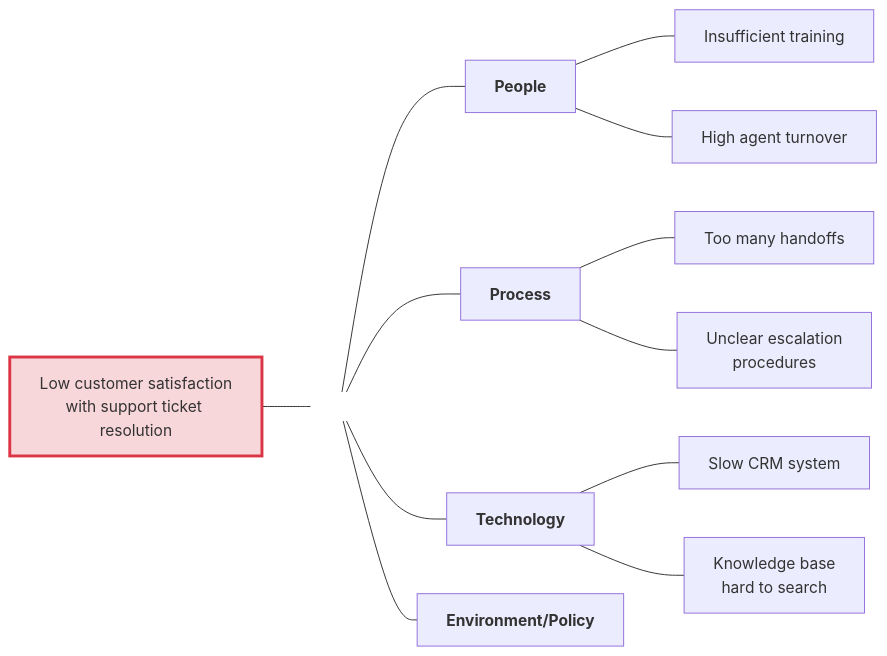
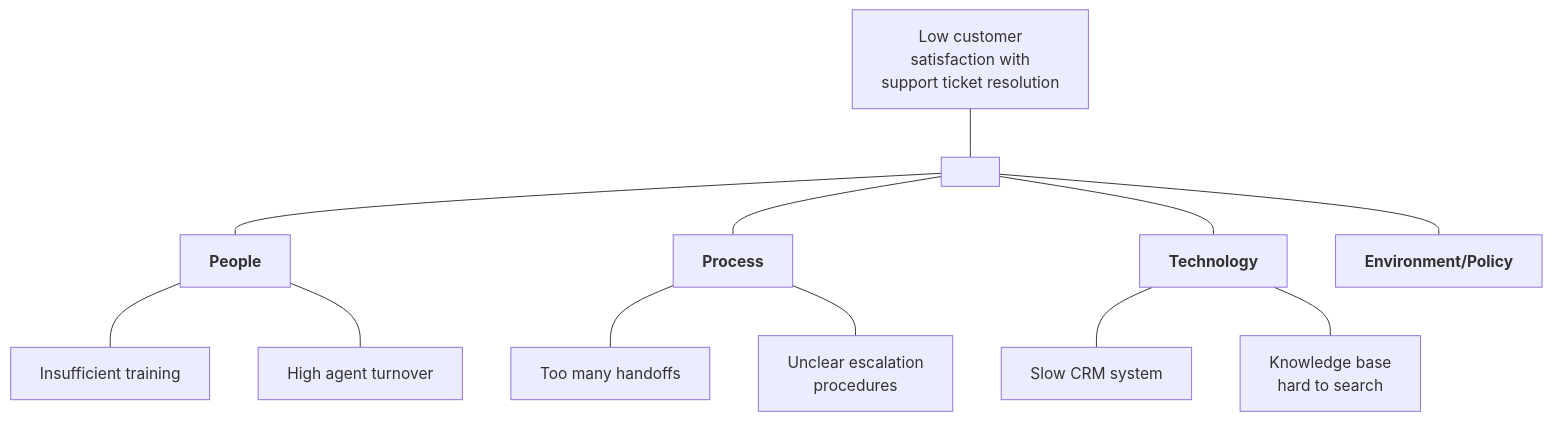
The diagram in src/content/docs/pro/tutorials/how-to/process-improvement/simple-root-cause-analysis-techniques.mdx (tallyfy/documentation), drawn with Mermaid before and after one commit. The commit also changed 13 other files, not shown here.

First line of the commit message:
Remove style directives from Mermaid diagrams across documentation

````diff
--- a/src/content/docs/pro/tutorials/how-to/process-improvement/simple-root-cause-analysis-techniques.mdx
+++ b/src/content/docs/pro/tutorials/how-to/process-improvement/simple-root-cause-analysis-techniques.mdx
@@ -64,34 +64,31 @@
 ```mermaid
-flowchart LR
-    Problem["Low customer satisfaction<br/>with support ticket resolution"]
+flowchart TD
+    Problem["Low customer<br/>satisfaction with<br/>support ticket resolution"]
     
     %% Main spine
     Problem --- Spine[ ]
     
     %% Category branches
     Spine --- People["<b>People</b>"]
     Spine --- Process["<b>Process</b>"]
     Spine --- Technology["<b>Technology</b>"]
     Spine --- Environment["<b>Environment/Policy</b>"]
     
     %% People causes
     People --- P1["Insufficient training"]
     People --- P2["High agent turnover"]
     
     %% Process causes
     Process --- Pr1["Too many handoffs"]
     Process --- Pr2["Unclear escalation<br/>procedures"]
     
     %% Technology causes
     Technology --- T1["Slow CRM system"]
     Technology --- T2["Knowledge base<br/>hard to search"]
     
-    %% Style the problem as the focal point
-    style Problem fill:#F8D7DA,stroke:#DC3545,stroke-width:3px
-    style Spine fill:none,stroke:none
     
     %% Add hyperlinks to related docs
     click People "/products/pro/documenting/members/" "Learn about team management"
     click Process "/products/pro/documenting/templates/" "Improve your processes"
     click Technology "/products/pro/integrations/" "Explore integration options"
 ```
````
